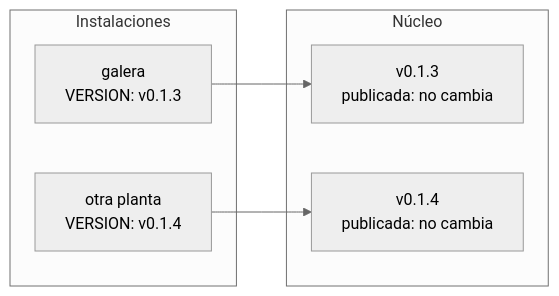
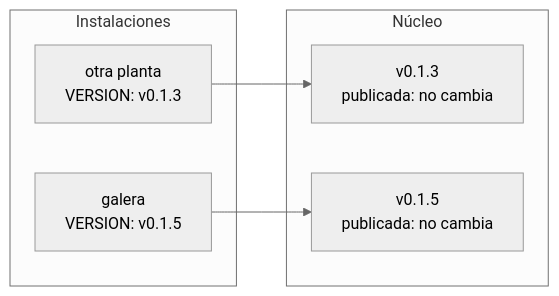
The diagram in README.md (mcamasanz/TeOdora), drawn with Mermaid (neutral theme) before and after one commit. The commit also changed other lines of this file and 429 other files, not shown here.

````diff
--- a/README.md
+++ b/README.md
@@ -79,13 +81,13 @@
 ```mermaid
 flowchart LR
     subgraph plantas [Instalaciones]
-        A["galera<br/>VERSION: v0.1.3"]
-        B["otra planta<br/>VERSION: v0.1.4"]
+        A["galera<br/>VERSION: v0.1.5"]
+        B["otra planta<br/>VERSION: v0.1.3"]
     end
     subgraph nucleo [Núcleo]
         V3["v0.1.3<br/>publicada: no cambia"]
-        V4["v0.1.4<br/>publicada: no cambia"]
+        V4["v0.1.5<br/>publicada: no cambia"]
     end
-    A --> V3
-    B --> V4
+    A --> V4
+    B --> V3
 ```
````
